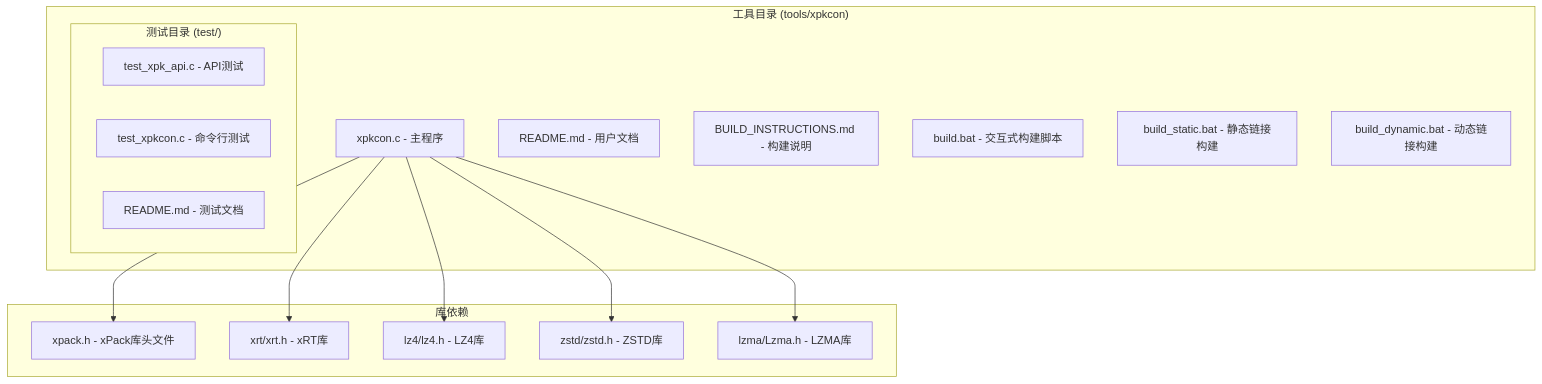
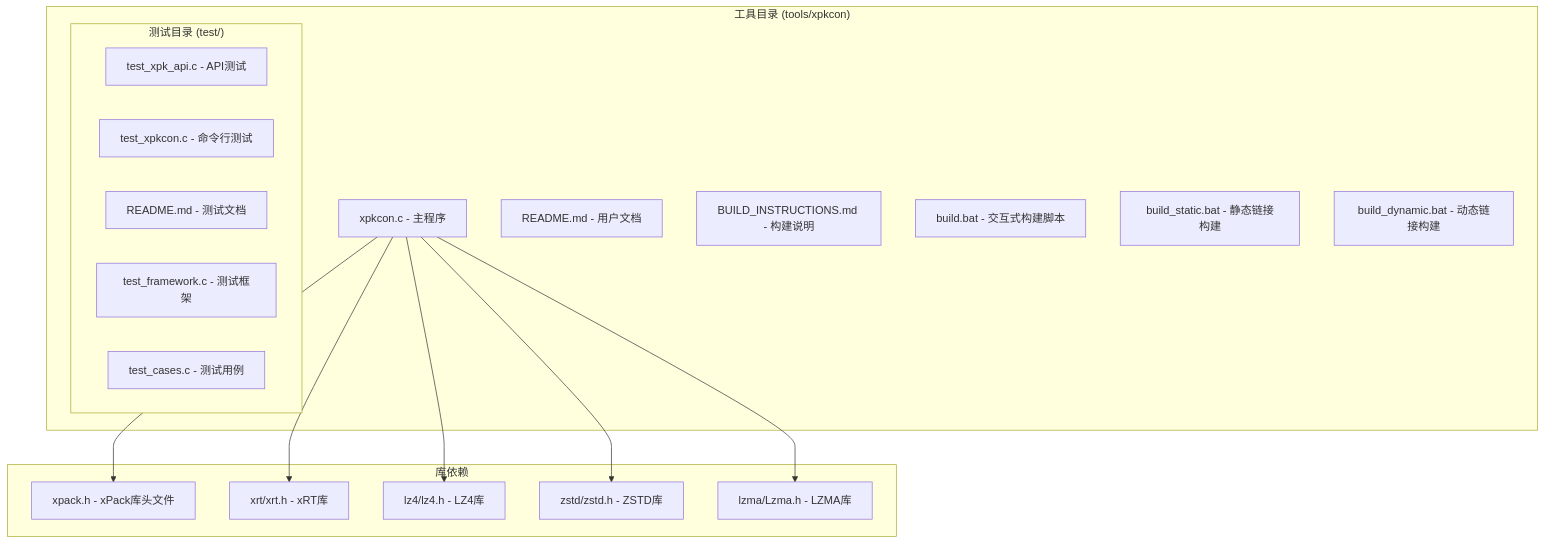
One commit to xywhsoft/xpack changed the first of 10 diagrams in .qoder/repowiki/zh/content/开发者指南/xpkcon 命令行工具.md. Above: the diagram before and after it, drawn with Mermaid. The commit also changed other lines of this file and 14 other files, not shown here.

````diff
--- a/.qoder/repowiki/zh/content/开发者指南/xpkcon 命令行工具.md
+++ b/.qoder/repowiki/zh/content/开发者指南/xpkcon 命令行工具.md
@@ -48,28 +66,30 @@
 ```mermaid
 graph TB
 subgraph "工具目录 (tools/xpkcon)"
 A[xpkcon.c - 主程序]
 B[README.md - 用户文档]
 C[BUILD_INSTRUCTIONS.md - 构建说明]
 D[build.bat - 交互式构建脚本]
 E[build_static.bat - 静态链接构建]
 F[build_dynamic.bat - 动态链接构建]
 subgraph "测试目录 (test/)"
 G[test_xpk_api.c - API测试]
 H[test_xpkcon.c - 命令行测试]
 I[README.md - 测试文档]
+J[test_framework.c - 测试框架]
+K[test_cases.c - 测试用例]
 end
 end
 subgraph "库依赖"
-J[xpack.h - xPack库头文件]
-K[xrt/xrt.h - xRT库]
-L[lz4/lz4.h - LZ4库]
-M[zstd/zstd.h - ZSTD库]
-N[lzma/Lzma.h - LZMA库]
+L[xpack.h - xPack库头文件]
+M[xrt/xrt.h - xRT库]
+N[lz4/lz4.h - LZ4库]
+O[zstd/zstd.h - ZSTD库]
+P[lzma/Lzma.h - LZMA库]
 end
-A --> J
-A --> K
 A --> L
 A --> M
 A --> N
+A --> O
+A --> P
 ```
````
